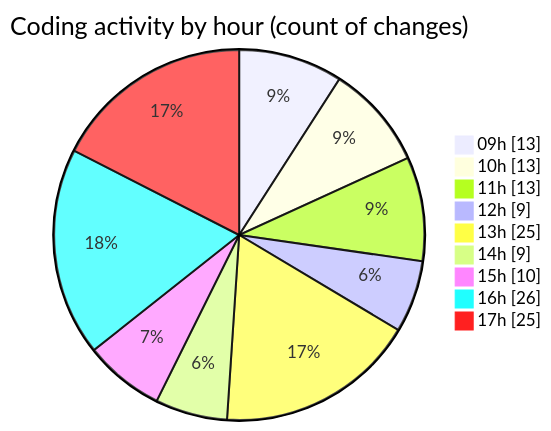
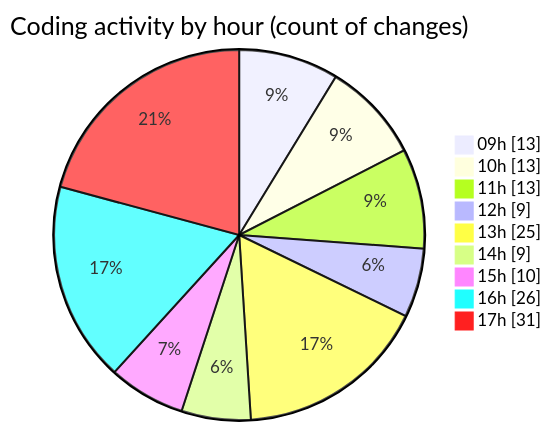
Before and after one commit to momahboobian/code-tracking: the second of 2 diagrams in 2025-09-23/cda/README.md, drawn with Mermaid. The commit also changed other lines of this file and 1 other file, not shown here.

````diff
--- a/2025-09-23/cda/README.md
+++ b/2025-09-23/cda/README.md
@@ -45,13 +45,13 @@
 ```mermaid
 pie showData
 title Coding activity by hour (count of changes)
 "09h" : 13
 "10h" : 13
 "11h" : 13
 "12h" : 9
 "13h" : 25
 "14h" : 9
 "15h" : 10
 "16h" : 26
-"17h" : 25
+"17h" : 31
 ```
````
